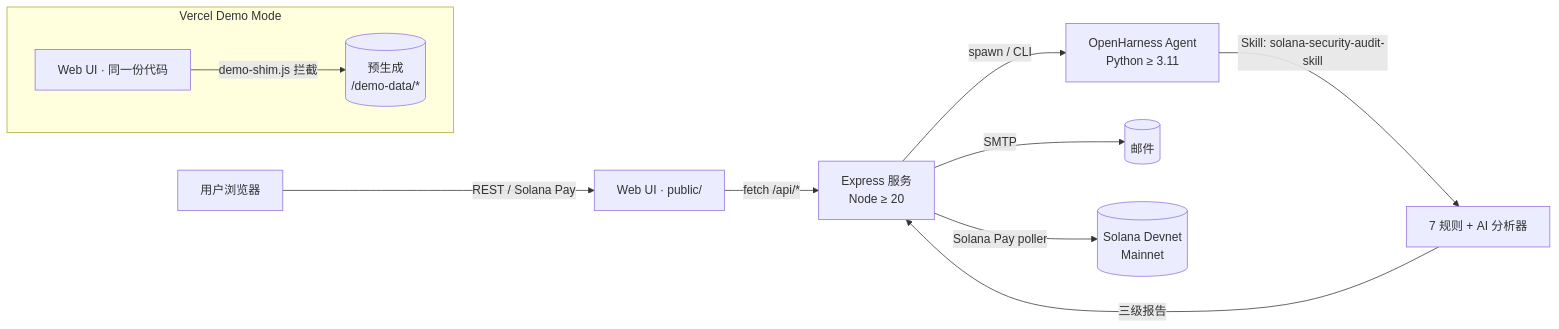
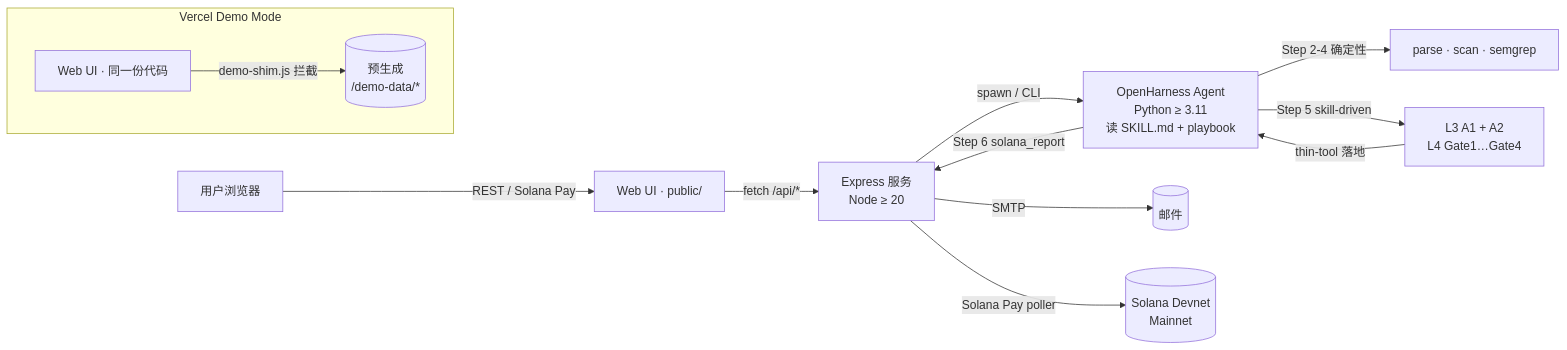
Before and after one commit to Keybird0/SolGuard: the diagram in README.zh-CN.md, drawn with Mermaid. The commit also changed other lines of this file and 25 other files, not shown here.

````diff
--- a/README.zh-CN.md
+++ b/README.zh-CN.md
@@ -64,15 +64,17 @@
 ```mermaid
 flowchart LR
     U[用户浏览器] -->|REST / Solana Pay| W[Web UI · public/]
     W -->|fetch /api/*| S[Express 服务<br/>Node ≥ 20]
-    S -->|spawn / CLI| A[OpenHarness Agent<br/>Python ≥ 3.11]
-    A -->|Skill: solana-security-audit-skill| T[7 规则 + AI 分析器]
-    T -->|三级报告| S
+    S -->|spawn / CLI| A[OpenHarness Agent<br/>Python ≥ 3.11<br/>读 SKILL.md + playbook]
+    A -->|Step 2-4 确定性| D[parse · scan · semgrep]
+    A -->|Step 5 skill-driven| L[L3 A1 + A2<br/>L4 Gate1…Gate4]
+    L -->|thin-tool 落地| A
+    A -->|Step 6 solana_report| S
     S -->|SMTP| E[(邮件)]
     S -->|Solana Pay poller| C[(Solana Devnet<br/>Mainnet)]
 
     subgraph Vercel Demo Mode
       direction LR
       W2[Web UI · 同一份代码] -->|demo-shim.js 拦截| M[(预生成<br/>/demo-data/*)]
     end
 ```
````
